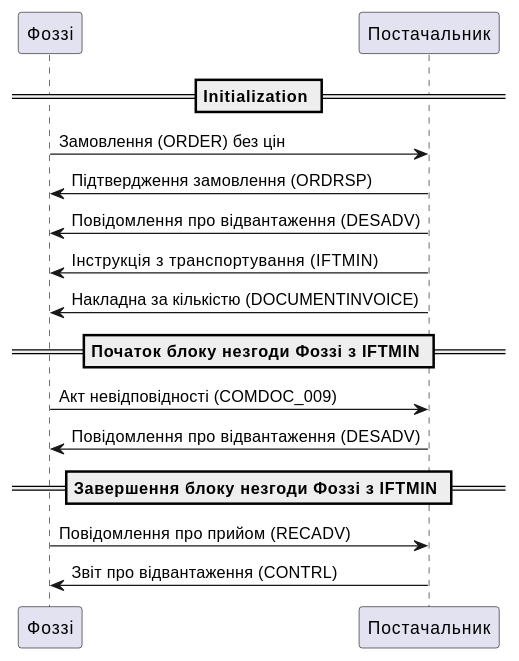
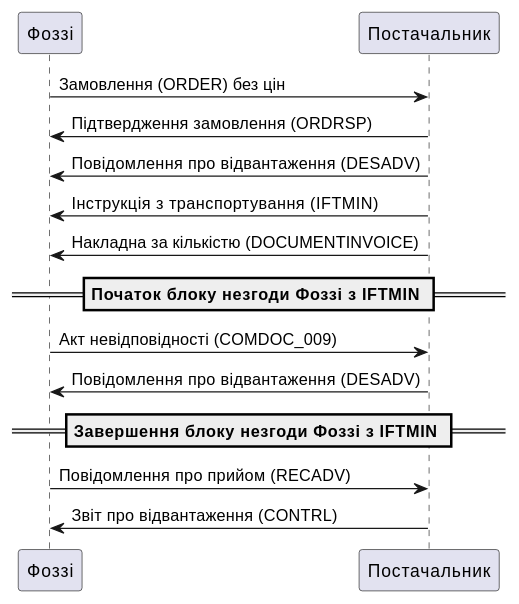
The diagram in docs/retail_2.0/Robota_s_Fozzy_EDI-N_2.0.rst (EDI-N/Docs_ua), drawn with PlantUML before and after one commit. The commit also changed 1 other file, not shown here.

```diff
--- a/docs/retail_2.0/Robota_s_Fozzy_EDI-N_2.0.rst
+++ b/docs/retail_2.0/Robota_s_Fozzy_EDI-N_2.0.rst
@@ -20,21 +20,23 @@
 .. uml::
    :scale: 100 %
    :align: center
 
-   == Initialization ==
+   @startuml
 
    Фоззі -> Постачальник: Замовлення (ORDER) без цін
    Фоззі <- Постачальник: Підтвердження замовлення (ORDRSP)
    Фоззі <- Постачальник: Повідомлення про відвантаження (DESADV)
    Фоззі <- Постачальник: Інструкція з транспортування (IFTMIN)
    Фоззі <- Постачальник: Накладна за кількістю (DOCUMENTINVOICE)
 
    == Початок блоку незгоди Фоззі з IFTMIN ==
 
    Фоззі -> Постачальник: Акт невідповідності (COMDOC_009)
    Фоззі <- Постачальник: Повідомлення про відвантаження (DESADV)
 
    == Завершення блоку незгоди Фоззі з IFTMIN ==
 
    Фоззі -> Постачальник: Повідомлення про прийом (RECADV)
    Фоззі <- Постачальник: Звіт про відвантаження (CONTRL)
+
+   @enduml
```
